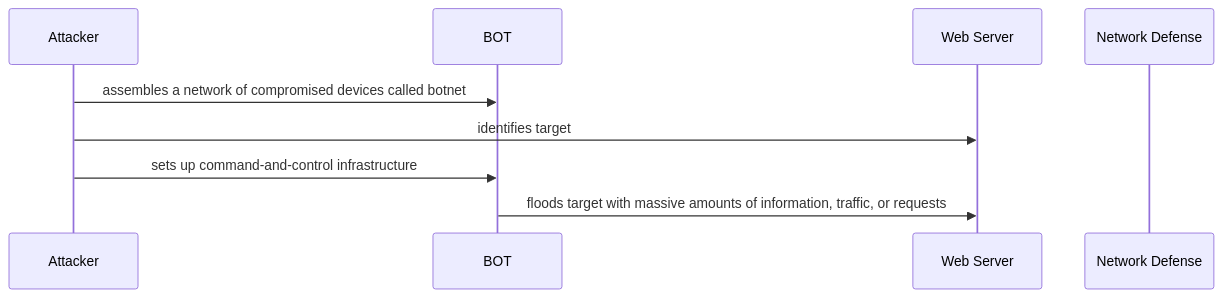
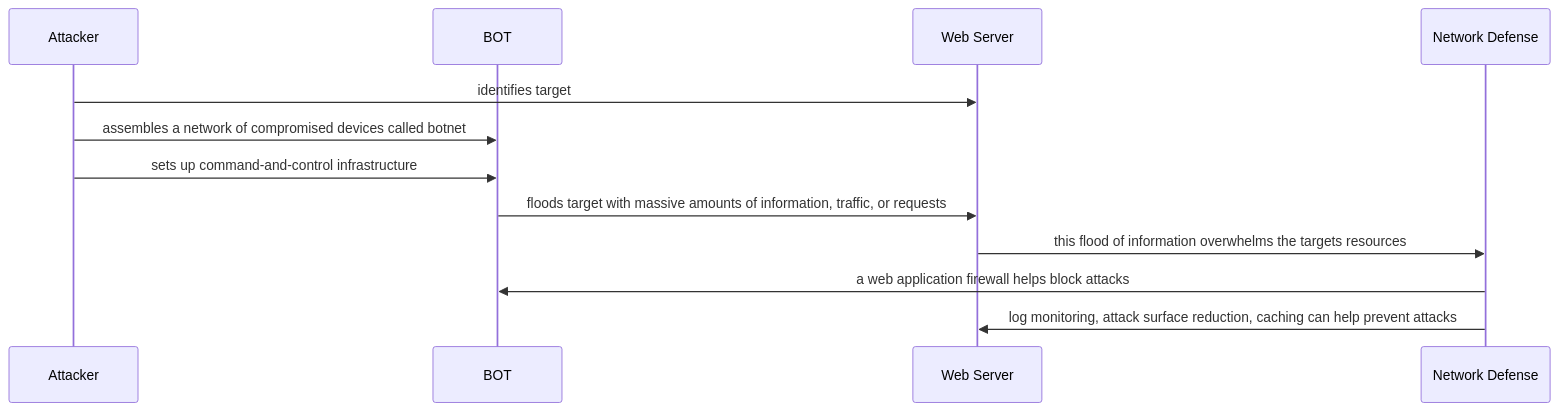
Before and after one commit to kcouchois/kcouchois.github.io: the diagram in DDoS_Attack_Sequence.md, drawn with Mermaid. The commit also changed other lines of this file, not shown here.

````diff
--- a/DDoS_Attack_Sequence.md
+++ b/DDoS_Attack_Sequence.md
@@ -1,11 +1,14 @@
 ```mermaid
 sequenceDiagram
 	participant Attacker
 	participant BOT
 	participant Web Server
 	participant Network Defense
+	Attacker->>Web Server: identifies target
 	Attacker->>BOT: assembles a network of compromised devices called botnet
-	Attacker->>Web Server: identifies target
 	Attacker->>BOT: sets up command-and-control infrastructure
 	BOT->>Web Server: floods target with massive amounts of information, traffic, or requests
+	Web Server->> Network Defense: this flood of information overwhelms the targets resources
+	Network Defense->>BOT: a web application firewall helps block attacks
+	Network Defense->> Web Server: log monitoring, attack surface reduction, caching can help prevent attacks
 ```
````
